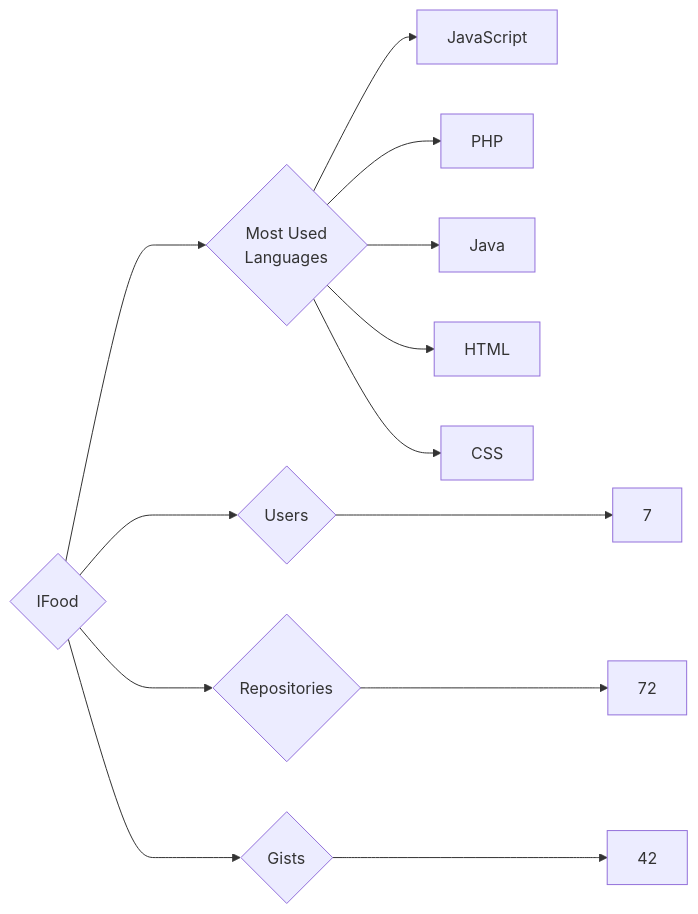
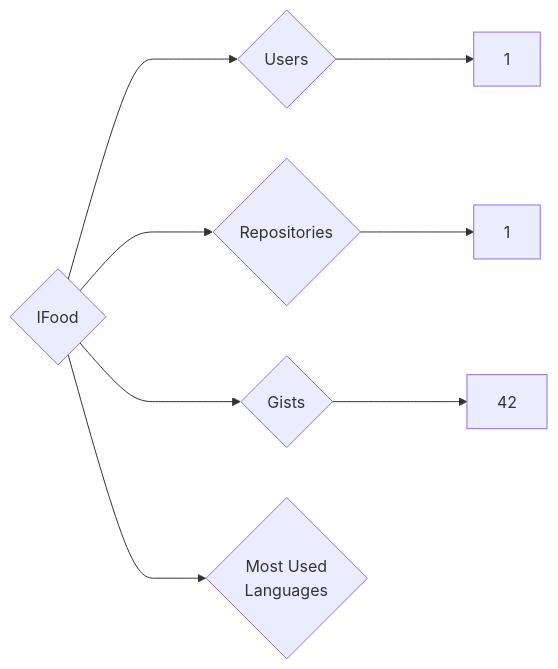
The diagram in targets/IFood/README.md (trickest/insiders), drawn with Mermaid before and after one commit. The commit also changed 865 other files, not shown here.

````diff
--- a/targets/IFood/README.md
+++ b/targets/IFood/README.md
@@ -3,13 +3,8 @@
 ```mermaid
 graph LR
 COMPANY_NAME{IFood}
-COMPANY_NAME ---> U{Users} ---> UN[7]
-COMPANY_NAME ---> R{Repositories} ---> RN[72]
+COMPANY_NAME ---> U{Users} ---> UN[1]
+COMPANY_NAME ---> R{Repositories} ---> RN[1]
 COMPANY_NAME ---> G{Gists} ---> GN[42]
 COMPANY_NAME ---> ML{Most Used<br>Languages}
-ML --> JavaScript[JavaScript]
-ML --> PHP[PHP]
-ML --> Java[Java]
-ML --> HTML[HTML]
-ML --> CSS[CSS]
 ```
````
